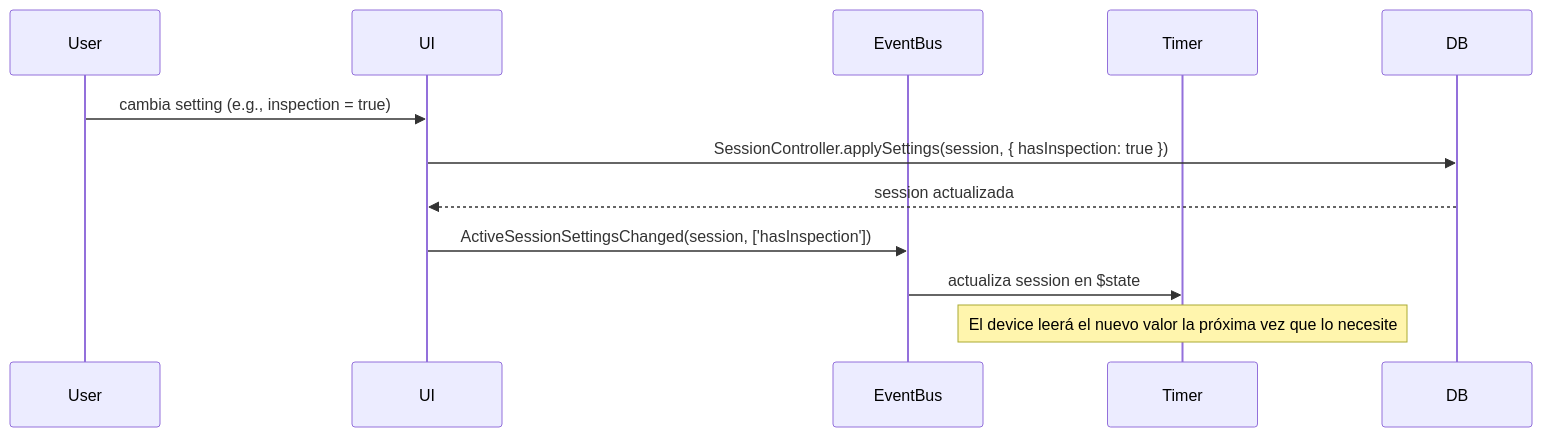
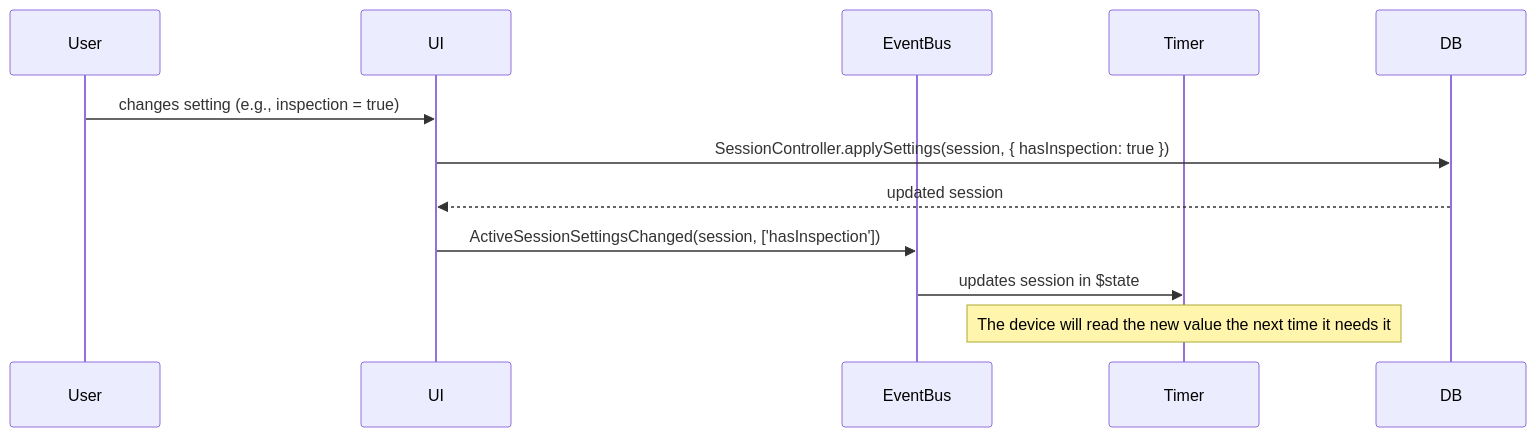
The diagram in docs/architecture/timer/settings.md (isaacvr/cubicdb), drawn with Mermaid before and after one commit. The commit also changed other lines of this file and 30 other files, not shown here.

````diff
--- a/docs/architecture/timer/settings.md
+++ b/docs/architecture/timer/settings.md
@@ -54,15 +54,15 @@
 ```mermaid
 sequenceDiagram
     participant U as User
     participant UI
     participant EB as EventBus
     participant T as Timer
     participant DB
 
-    U->>UI: cambia setting (e.g., inspection = true)
+    U->>UI: changes setting (e.g., inspection = true)
     UI->>DB: SessionController.applySettings(session, { hasInspection: true })
-    DB-->>UI: session actualizada
+    DB-->>UI: updated session
     UI->>EB: ActiveSessionSettingsChanged(session, ['hasInspection'])
-    EB->>T: actualiza session en $state
-    Note over T: El device leerá el nuevo valor la próxima vez que lo necesite
+    EB->>T: updates session in $state
+    Note over T: The device will read the new value the next time it needs it
 ```
````
